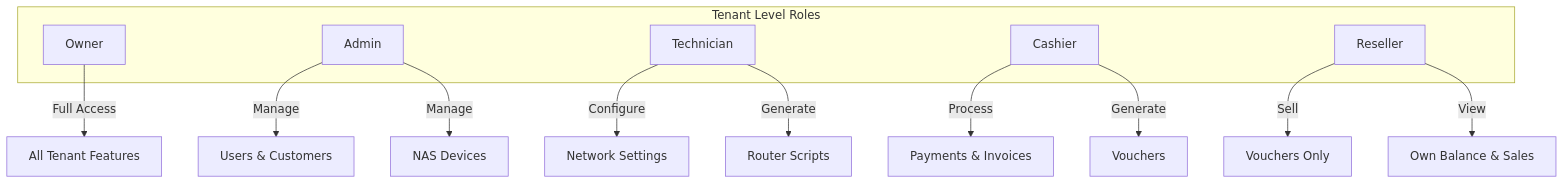
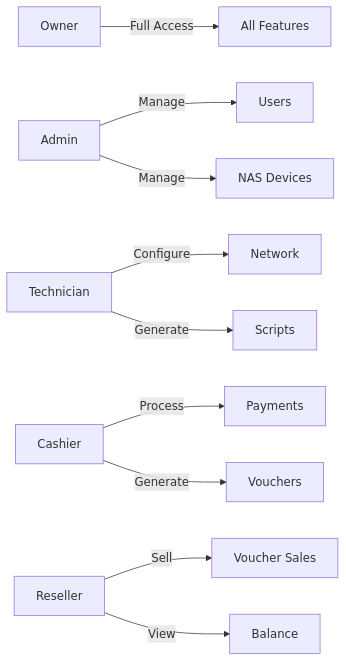
One commit to rayocta303/RadixLink changed diagram 15 of 15 in README.md. Above: the diagram before and after it, drawn with Mermaid. The commit also changed other lines of this file, not shown here.

First line of the commit message:
Assistant checkpoint: Fix all Mermaid diagram syntax errors in README.md

````diff
--- a/README.md
+++ b/README.md
@@ -749,20 +757,27 @@
 ```mermaid
-graph TD
-    subgraph Tenant["Tenant Level Roles"]
-        OW[Owner]
-        AD[Admin]
-        TE[Technician]
-        CA[Cashier]
-        RE[Reseller]
-    end
+graph LR
+    OW[Owner]
+    AD[Admin]
+    TE[Technician]
+    CA[Cashier]
+    RE[Reseller]
+    ALL2[All Features]
+    USR2[Users]
+    NAS[NAS Devices]
+    NET[Network]
+    SCR[Scripts]
+    PAY[Payments]
+    VOU[Vouchers]
+    VOU2[Voucher Sales]
+    BAL[Balance]
     
-    OW -->|Full Access| ALL2[All Tenant Features]
-    AD -->|Manage| USR2[Users & Customers]
-    AD -->|Manage| NAS[NAS Devices]
-    TE -->|Configure| NET[Network Settings]
-    TE -->|Generate| SCR[Router Scripts]
-    CA -->|Process| PAY[Payments & Invoices]
-    CA -->|Generate| VOU[Vouchers]
-    RE -->|Sell| VOU2[Vouchers Only]
-    RE -->|View| BAL[Own Balance & Sales]
+    OW -->|Full Access| ALL2
+    AD -->|Manage| USR2
+    AD -->|Manage| NAS
+    TE -->|Configure| NET
+    TE -->|Generate| SCR
+    CA -->|Process| PAY
+    CA -->|Generate| VOU
+    RE -->|Sell| VOU2
+    RE -->|View| BAL
 ```
````
